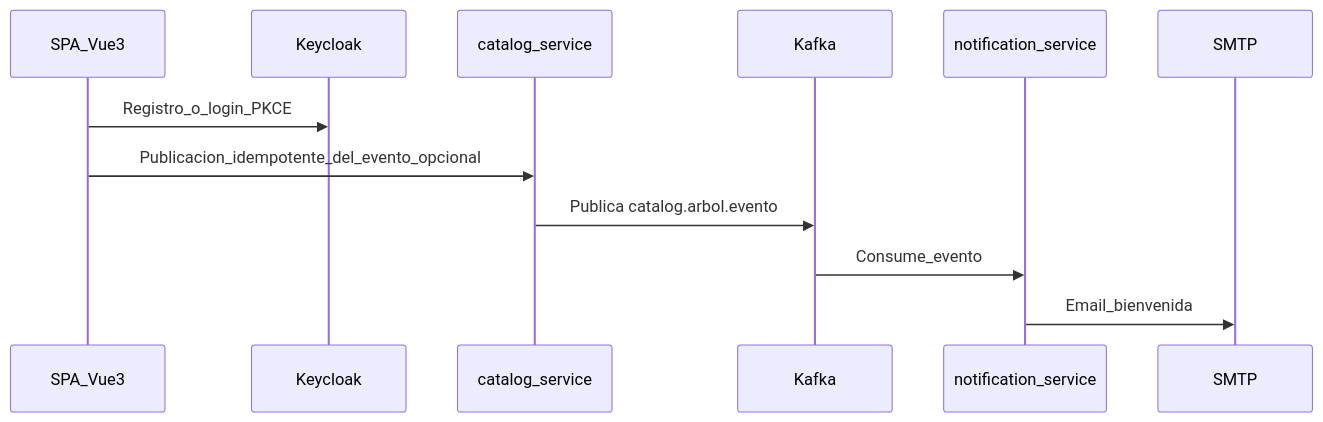
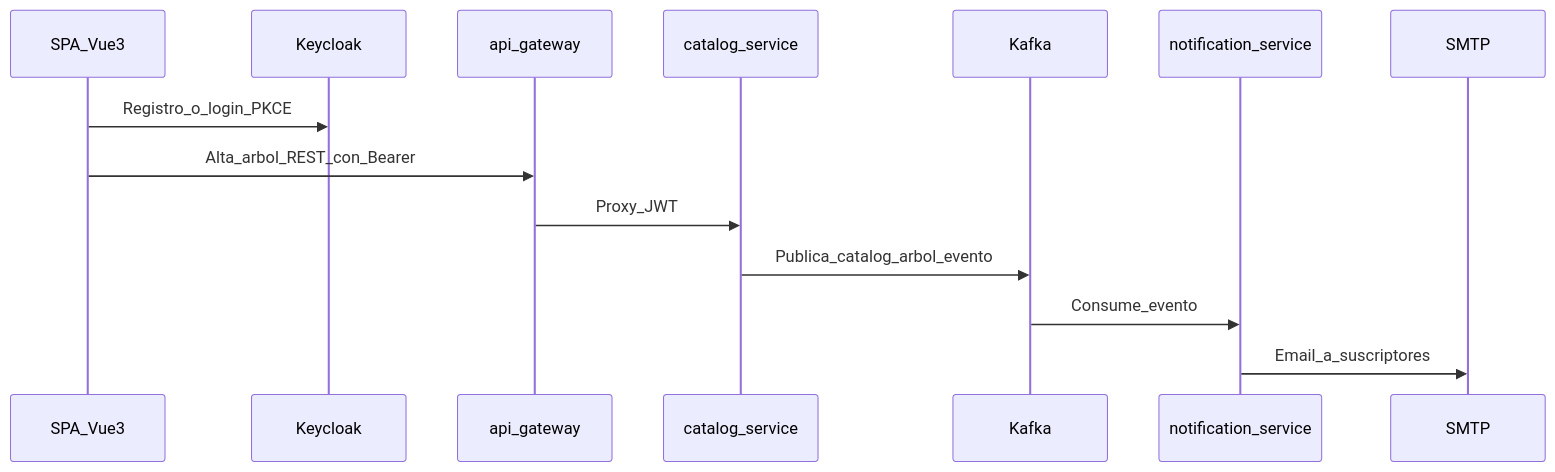
Before and after one commit to LIDR-academy/AI4Devs-finalproject: the fourth of 18 diagrams in readme.md, drawn with Mermaid. The commit also changed other lines of this file and 319 other files, not shown here.

````diff
--- a/readme.md
+++ b/readme.md
@@ -199,14 +323,16 @@
 ```mermaid
 sequenceDiagram
   participant SPA as SPA_Vue3
   participant KC as Keycloak
+  participant GW as api_gateway
   participant CAT as catalog_service
   participant K as Kafka
   participant N as notification_service
   participant Mail as SMTP
   SPA->>KC: Registro_o_login_PKCE
-  SPA->>CAT: Publicacion_idempotente_del_evento_opcional
-  CAT->>K: Publica catalog.arbol.evento
+  SPA->>GW: Alta_arbol_REST_con_Bearer
+  GW->>CAT: Proxy_JWT
+  CAT->>K: Publica_catalog_arbol_evento
   K->>N: Consume_evento
-  N->>Mail: Email_bienvenida
+  N->>Mail: Email_a_suscriptores
 ```
````
